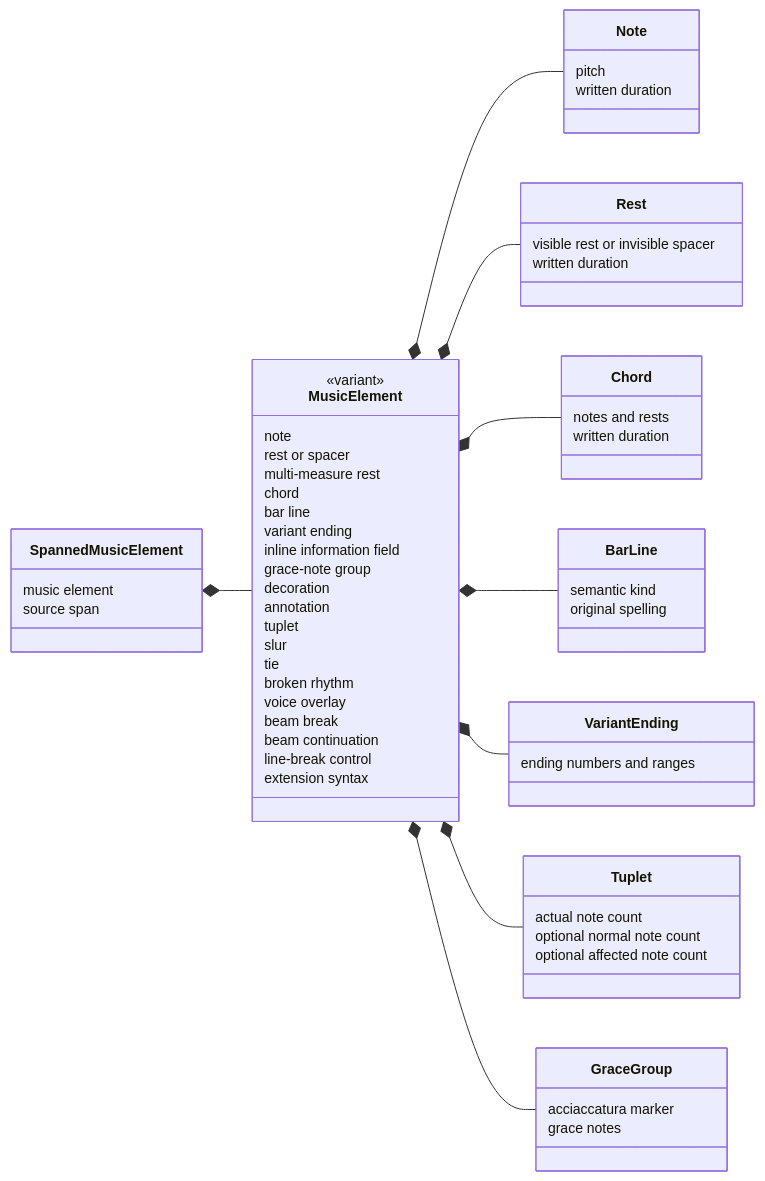
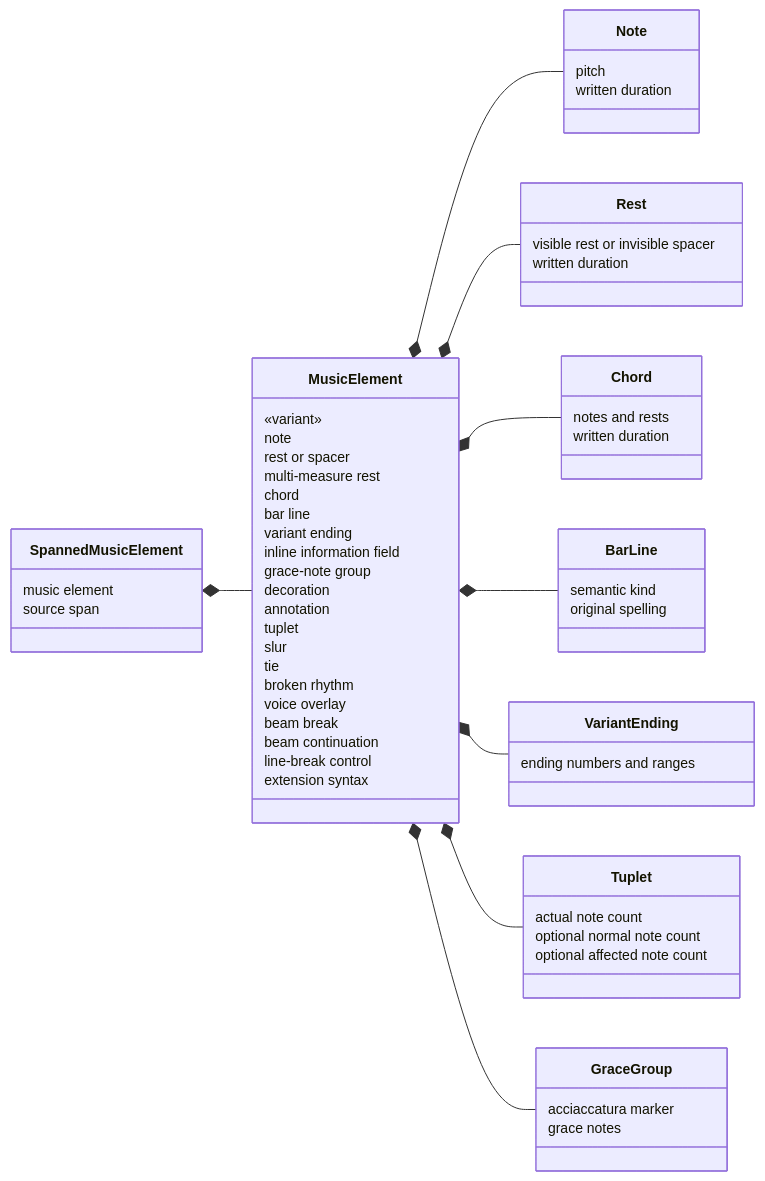
Before and after one commit to mauricebarnum/abc-parser: the seventh of 8 diagrams in abc-parser/docs/architecture.md, drawn with Mermaid. The commit also changed other lines of this file, not shown here.

First line of the commit message:
Fix mermaid classDiagram rendering in architecture docs

````diff
--- a/abc-parser/docs/architecture.md
+++ b/abc-parser/docs/architecture.md
@@ -508,74 +508,74 @@
 ```mermaid
 ---
 config:
   htmlLabels: false
   themeVariables:
     fontSize: 14px
   flowchart:
     rankSpacing: 0
 ---
 classDiagram
     direction LR
     class SpannedMusicElement {
         music element
         source span
     }
     class MusicElement {
-        <<variant>>
+        «variant»
         note
         rest or spacer
         multi-measure rest
         chord
         bar line
         variant ending
         inline information field
         grace-note group
         decoration
         annotation
         tuplet
         slur
         tie
         broken rhythm
         voice overlay
         beam break
         beam continuation
         line-break control
         extension syntax
     }
     class Note {
         pitch
         written duration
     }
     class Rest {
         visible rest or invisible spacer
         written duration
     }
     class Chord {
         notes and rests
         written duration
     }
     class BarLine {
         semantic kind
         original spelling
     }
     class VariantEnding {
         ending numbers and ranges
     }
     class Tuplet {
         actual note count
         optional normal note count
         optional affected note count
     }
     class GraceGroup {
         acciaccatura marker
         grace notes
     }
     SpannedMusicElement *-- MusicElement
     MusicElement *-- Note
     MusicElement *-- Rest
     MusicElement *-- Chord
     MusicElement *-- BarLine
     MusicElement *-- VariantEnding
     MusicElement *-- Tuplet
     MusicElement *-- GraceGroup
 ```
````
